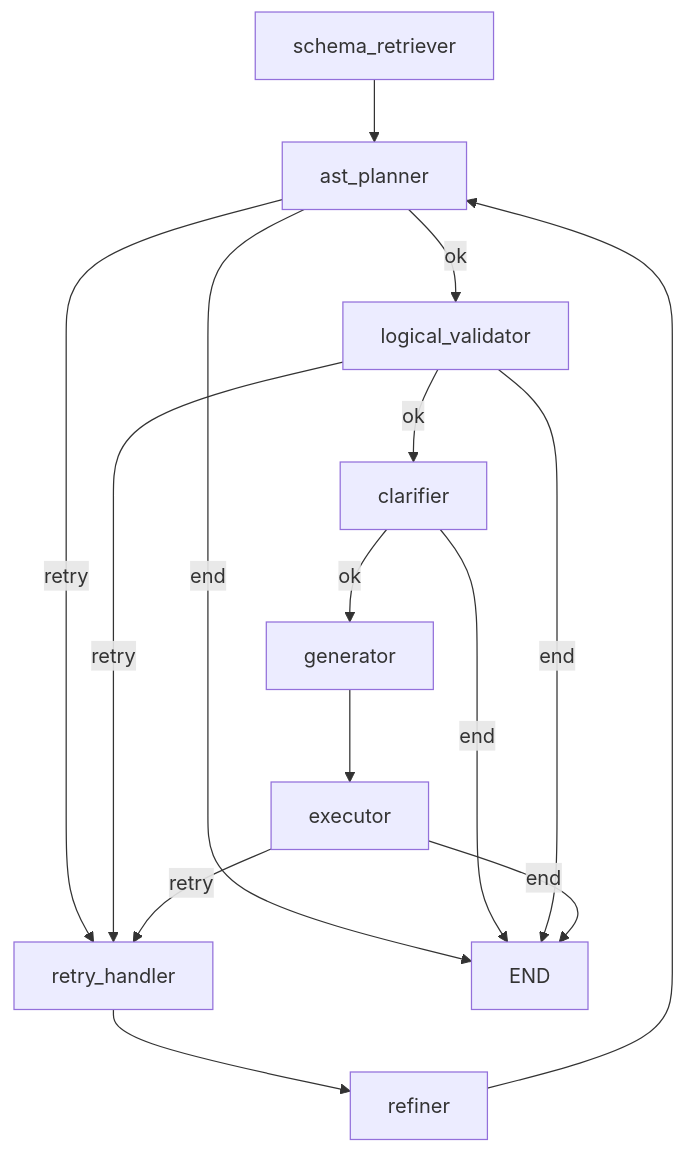
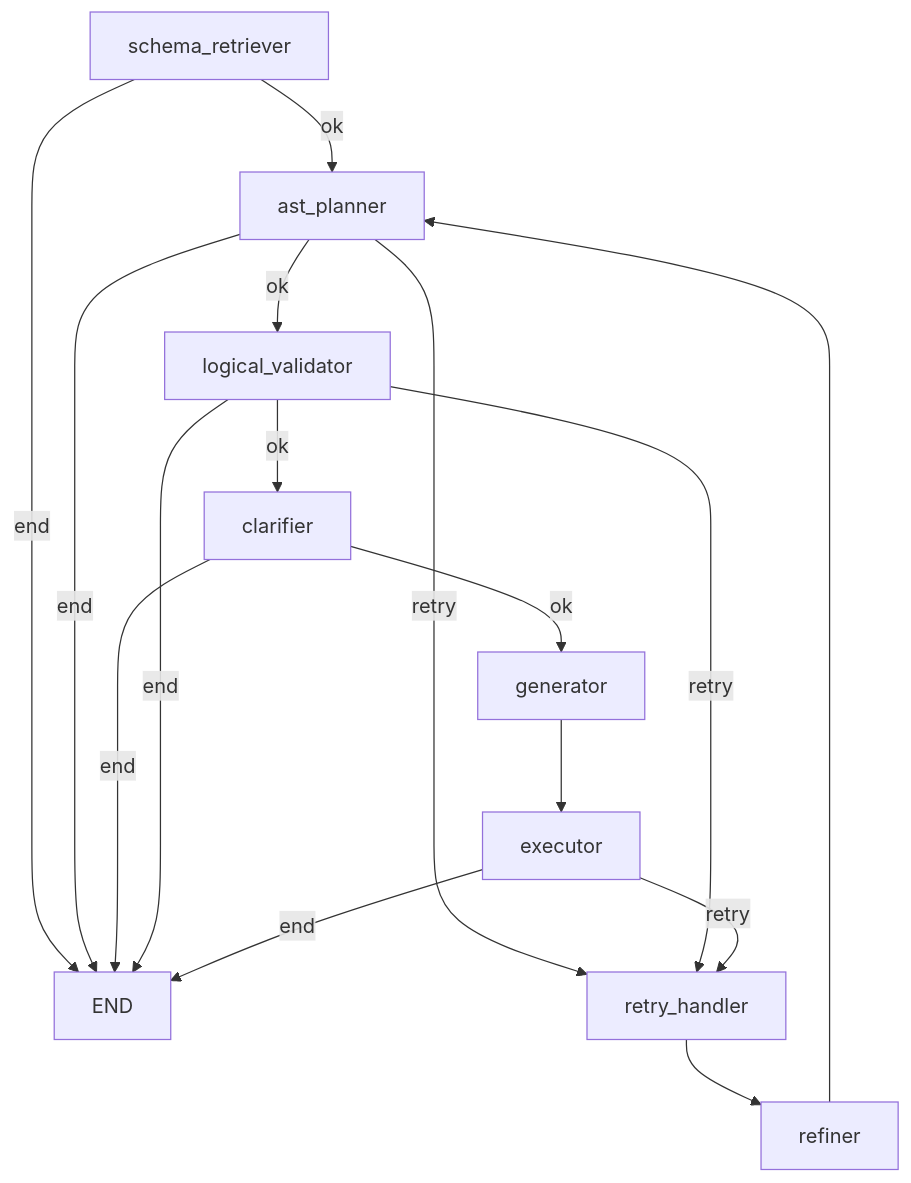
Before and after one commit to nadeem4/nl2sql: the diagram in docs/architecture/subgraphs/sql_agent.md, drawn with Mermaid. The commit also changed other lines of this file and 7 other files, not shown here.

````diff
--- a/docs/architecture/subgraphs/sql_agent.md
+++ b/docs/architecture/subgraphs/sql_agent.md
@@ -65,16 +66,17 @@
 ```mermaid
 flowchart TD
-    schema_retriever --> ast_planner
+    schema_retriever -->|ok| ast_planner
+    schema_retriever -->|end| END
     ast_planner -->|ok| logical_validator
     ast_planner -->|retry| retry_handler
     ast_planner -->|end| END
     logical_validator -->|ok| clarifier
     clarifier -->|ok| generator
     clarifier -->|end| END
     logical_validator -->|retry| retry_handler
     logical_validator -->|end| END
     retry_handler --> refiner --> ast_planner
     generator --> executor
     executor -->|retry| retry_handler
     executor -->|end| END
 ```
````
